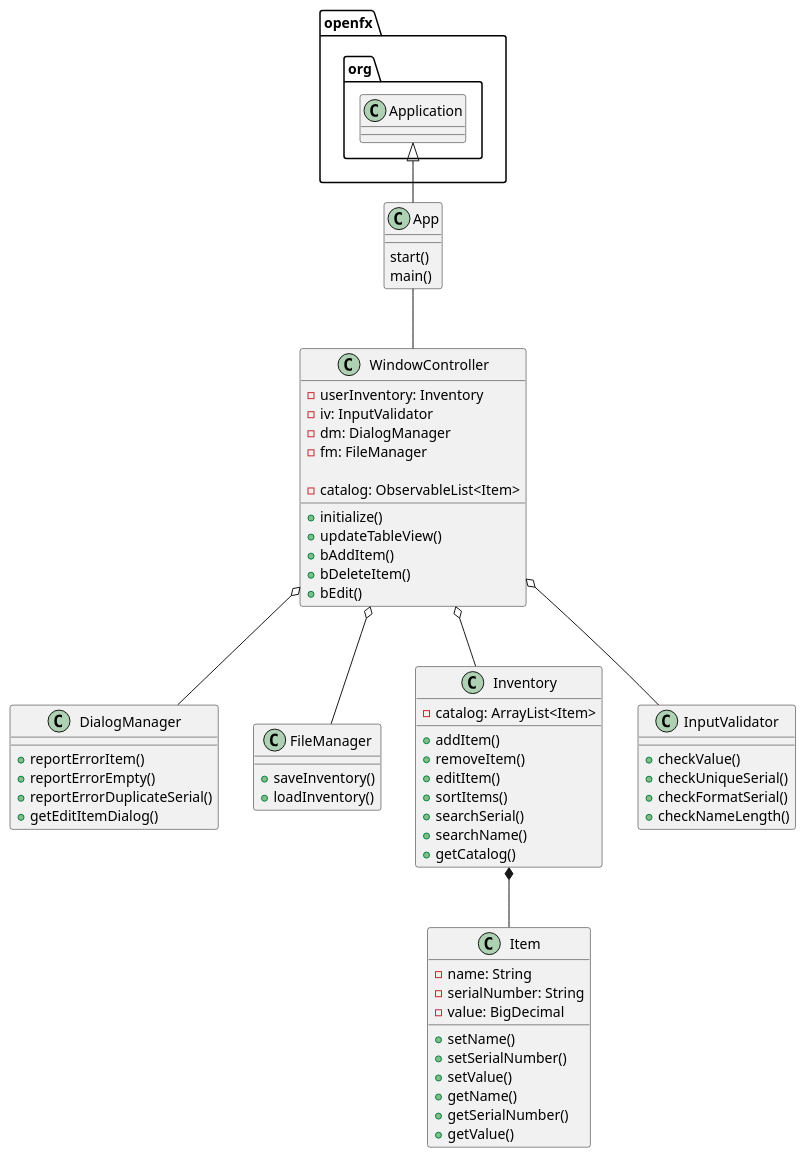
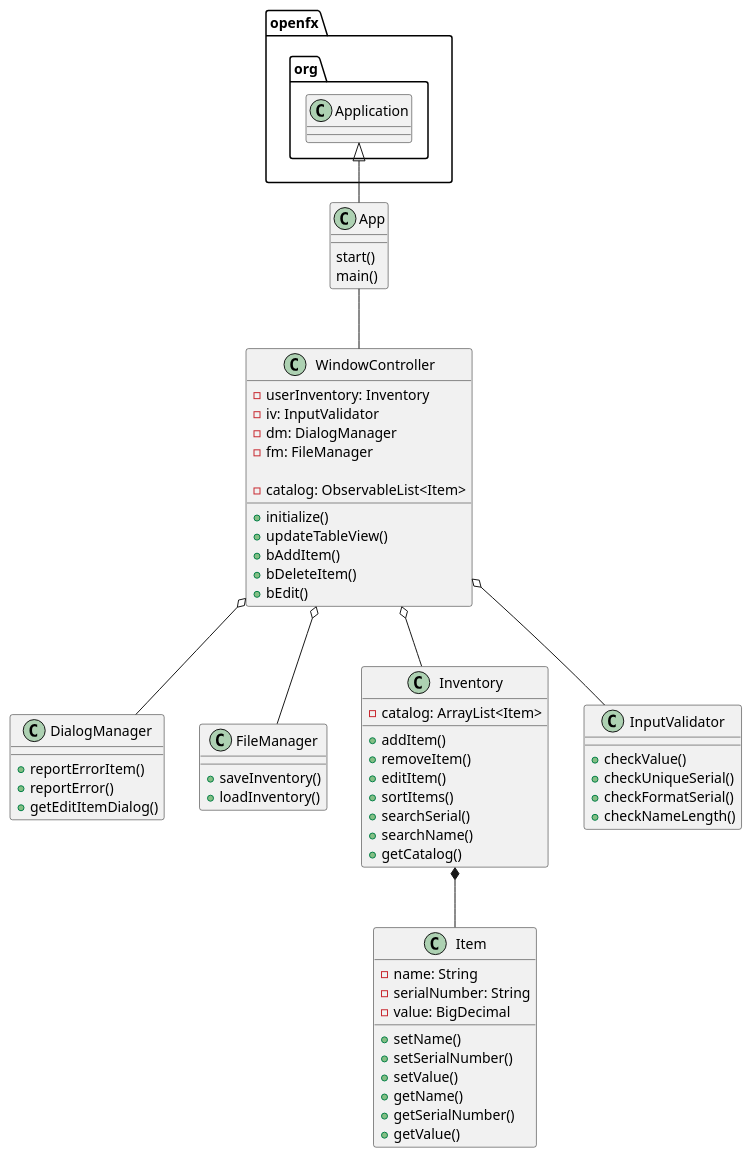
The diagram in uml/Inventory.puml (kingraham228/Ingraham-7945-a5), drawn with PlantUML before and after one commit. The commit also changed 2 other files, not shown here.

Commit message:
Error dialog clean up.

```diff
--- a/uml/Inventory.puml
+++ b/uml/Inventory.puml
@@ -1,73 +1,72 @@
 @startuml
 class App{
 start()
 main()
 }
 
 class WindowController{
 - userInventory: Inventory
 - iv: InputValidator
 - dm: DialogManager
 - fm: FileManager
 
 - catalog: ObservableList<Item>
 
 +initialize()
 +updateTableView()
 +bAddItem()
 +bDeleteItem()
 +bEdit()
 }
 
 class DialogManager{
 +reportErrorItem()
-+reportErrorEmpty()
-+reportErrorDuplicateSerial()
++reportError()
 +getEditItemDialog()
 }
 
 class FileManager{
 +saveInventory()
 +loadInventory()
 }
 
 class Inventory{
 - catalog: ArrayList<Item>
 
 +addItem()
 +removeItem()
 +editItem()
 +sortItems()
 +searchSerial()
 +searchName()
 +getCatalog()
 }
 
 class Item{
 -name: String
 -serialNumber: String
 -value: BigDecimal
 
 +setName()
 +setSerialNumber()
 +setValue()
 +getName()
 +getSerialNumber()
 +getValue()
 }
 
 class InputValidator{
 + checkValue()
 + checkUniqueSerial()
 + checkFormatSerial()
 + checkNameLength()
 }
 
 openfx.org.Application <|-- App
 App -- WindowController
 WindowController o-- DialogManager
 WindowController o-- FileManager
 WindowController o-- Inventory
 Inventory *-- Item
 WindowController o-- InputValidator
 @enduml
```
